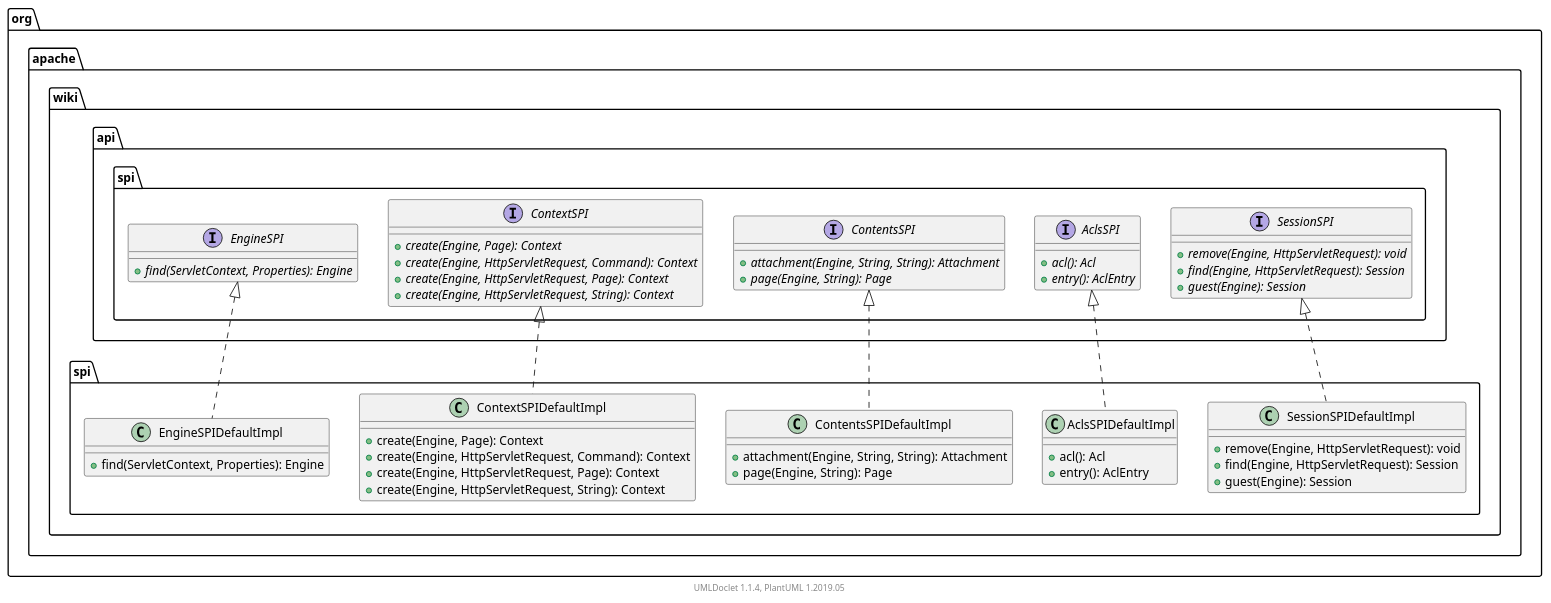
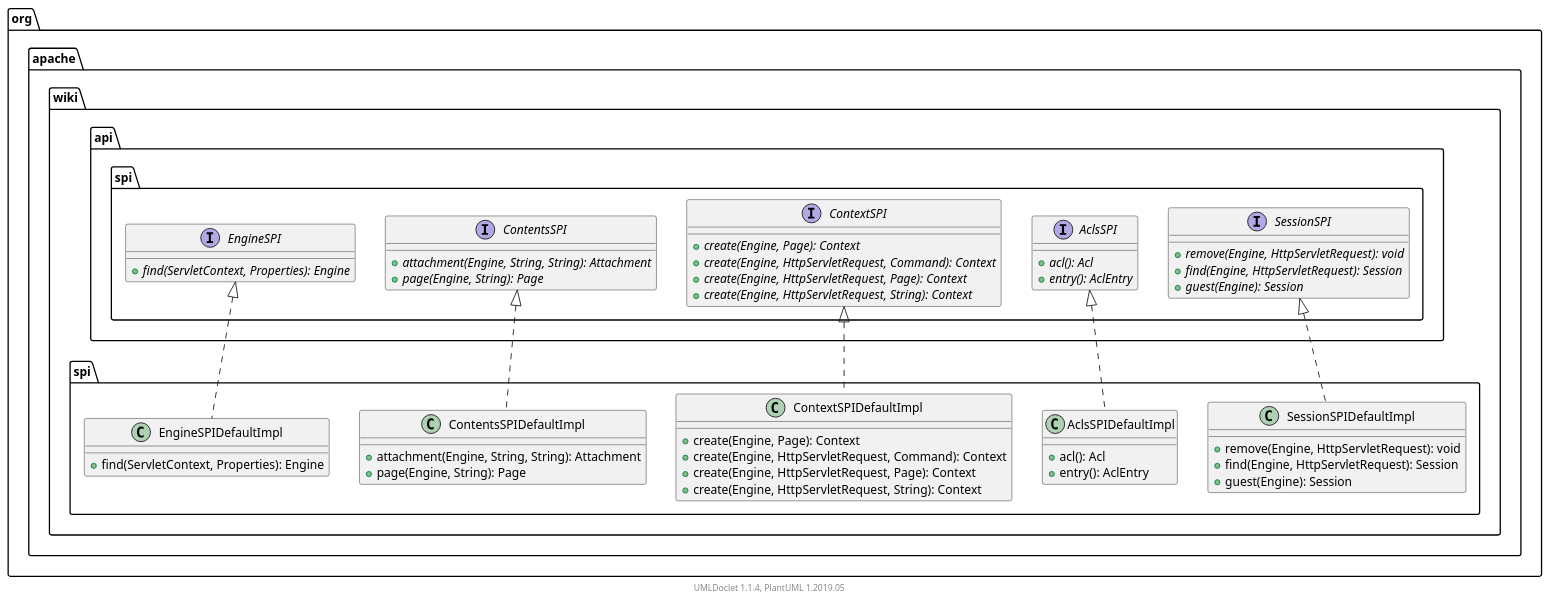
One commit to apache/jspwiki-site changed the diagram in apidocs/2.11.0.M7-SNAPSHOT/org/apache/wiki/spi/package.puml. Above: the diagram before and after it, drawn with PlantUML. The commit also changed other lines of this file and 1816 other files, not shown here.

```diff
--- a/apidocs/2.11.0.M7-SNAPSHOT/org/apache/wiki/spi/package.puml
+++ b/apidocs/2.11.0.M7-SNAPSHOT/org/apache/wiki/spi/package.puml
@@ -1,68 +1,68 @@
 @startuml
 
     namespace org.apache.wiki.spi {
 
         class SessionSPIDefaultImpl [[SessionSPIDefaultImpl.html]] {
             +remove(Engine, HttpServletRequest): void
             +find(Engine, HttpServletRequest): Session
             +guest(Engine): Session
         }
 
         class AclsSPIDefaultImpl [[AclsSPIDefaultImpl.html]] {
             +acl(): Acl
             +entry(): AclEntry
         }
 
-        class ContentsSPIDefaultImpl [[ContentsSPIDefaultImpl.html]] {
-            +attachment(Engine, String, String): Attachment
-            +page(Engine, String): Page
-        }
-
         class ContextSPIDefaultImpl [[ContextSPIDefaultImpl.html]] {
             +create(Engine, Page): Context
             +create(Engine, HttpServletRequest, Command): Context
             +create(Engine, HttpServletRequest, Page): Context
             +create(Engine, HttpServletRequest, String): Context
+        }
+
+        class ContentsSPIDefaultImpl [[ContentsSPIDefaultImpl.html]] {
+            +attachment(Engine, String, String): Attachment
+            +page(Engine, String): Page
         }
 
         class EngineSPIDefaultImpl [[EngineSPIDefaultImpl.html]] {
             +find(ServletContext, Properties): Engine
         }
 
         interface org.apache.wiki.api.spi.SessionSPI {
             {abstract} +remove(Engine, HttpServletRequest): void
             {abstract} +find(Engine, HttpServletRequest): Session
             {abstract} +guest(Engine): Session
         }
         org.apache.wiki.api.spi.SessionSPI <|.. SessionSPIDefaultImpl
 
         interface org.apache.wiki.api.spi.AclsSPI {
             {abstract} +acl(): Acl
             {abstract} +entry(): AclEntry
         }
         org.apache.wiki.api.spi.AclsSPI <|.. AclsSPIDefaultImpl
 
-        interface org.apache.wiki.api.spi.ContentsSPI {
-            {abstract} +attachment(Engine, String, String): Attachment
-            {abstract} +page(Engine, String): Page
-        }
-        org.apache.wiki.api.spi.ContentsSPI <|.. ContentsSPIDefaultImpl
-
         interface org.apache.wiki.api.spi.ContextSPI {
             {abstract} +create(Engine, Page): Context
             {abstract} +create(Engine, HttpServletRequest, Command): Context
             {abstract} +create(Engine, HttpServletRequest, Page): Context
             {abstract} +create(Engine, HttpServletRequest, String): Context
         }
         org.apache.wiki.api.spi.ContextSPI <|.. ContextSPIDefaultImpl
+
+        interface org.apache.wiki.api.spi.ContentsSPI {
+            {abstract} +attachment(Engine, String, String): Attachment
+            {abstract} +page(Engine, String): Page
+        }
+        org.apache.wiki.api.spi.ContentsSPI <|.. ContentsSPIDefaultImpl
 
         interface org.apache.wiki.api.spi.EngineSPI {
             {abstract} +find(ServletContext, Properties): Engine
         }
         org.apache.wiki.api.spi.EngineSPI <|.. EngineSPIDefaultImpl
 
     }
 
 
     center footer UMLDoclet 1.1.4, PlantUML 1.2019.05
 @enduml
```
